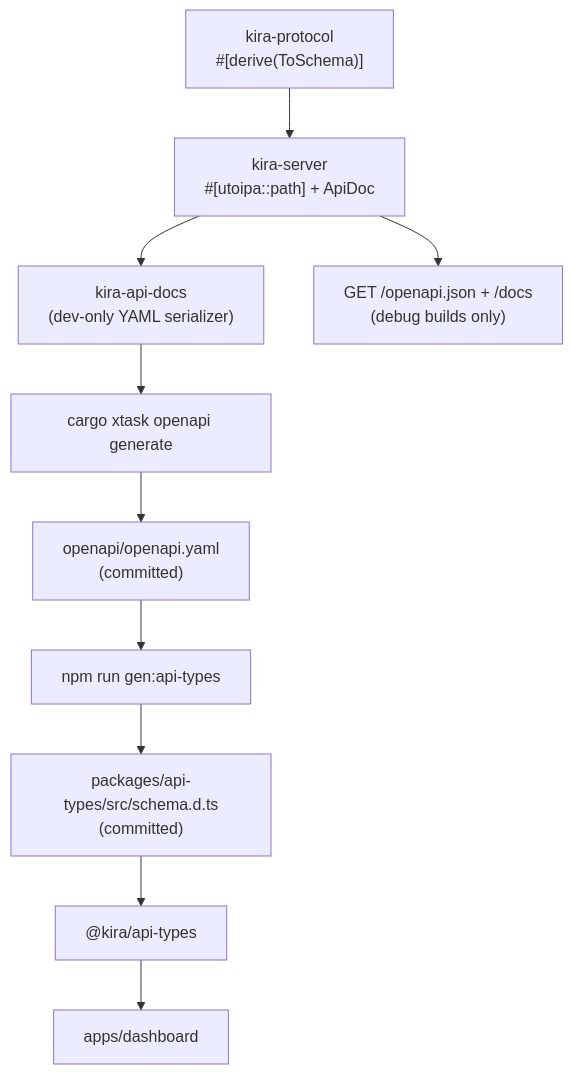
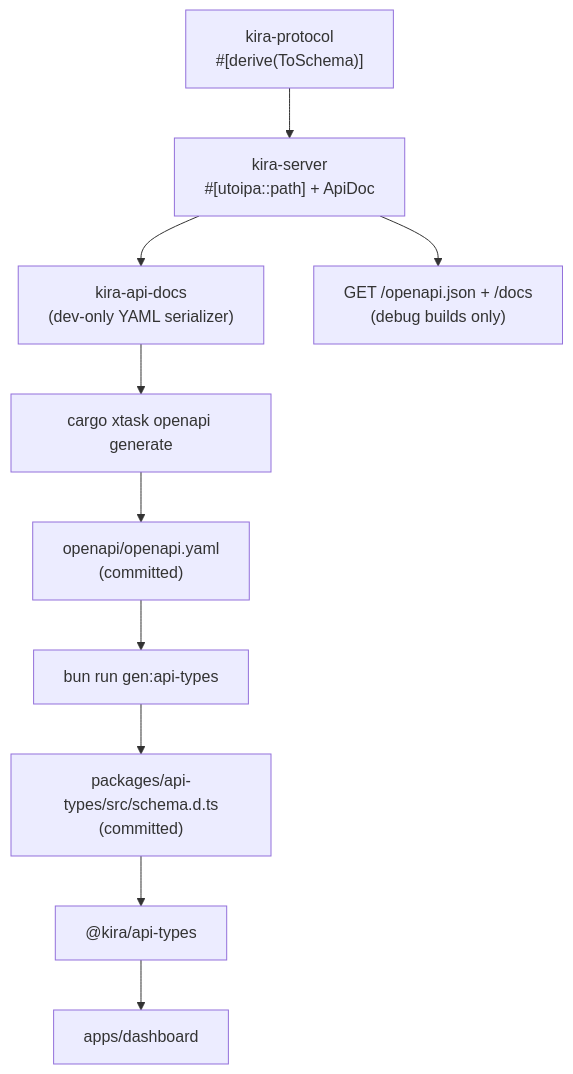
One commit to merzen-sh/kira changed the diagram in docs/API.md. Above: the diagram before and after it, drawn with Mermaid. The commit also changed other lines of this file and 13 other files, not shown here.

First line of the commit message:
chore: migrate package management from npm to bun (#27)

````diff
--- a/docs/API.md
+++ b/docs/API.md
@@ -106,12 +106,12 @@
 ```mermaid
 flowchart TD
     SRV["kira-server<br/>#[utoipa::path] + ApiDoc"] --> DOC
     DTO["kira-protocol<br/>#[derive(ToSchema)]"] --> SRV
     SRV --> LIVE["GET /openapi.json + /docs<br/>(debug builds only)"]
     DOC["kira-api-docs<br/>(dev-only YAML serializer)"] --> XT
     XT["cargo xtask openapi generate"] --> YAML
     YAML["openapi/openapi.yaml<br/>(committed)"] --> GEN
-    GEN["npm run gen:api-types"] --> DTS
+    GEN["bun run gen:api-types"] --> DTS
     DTS["packages/api-types/src/schema.d.ts<br/>(committed)"] --> PKG
     PKG["@kira/api-types"] --> DASH["apps/dashboard"]
 ```
````
